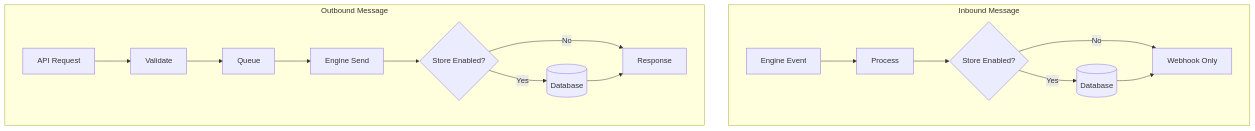
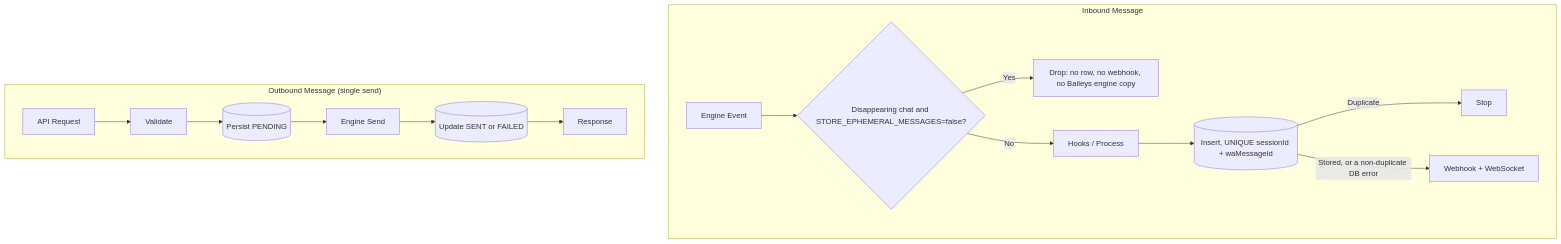
Before and after one commit to suryansh-business-work/duncit-all: the third of 4 diagrams in portals/crm/open-wa-server/docs/05-database-design.md, drawn with Mermaid. The commit also changed other lines of this file and 2547 other files, not shown here.

````diff
--- a/portals/crm/open-wa-server/docs/05-database-design.md
+++ b/portals/crm/open-wa-server/docs/05-database-design.md
@@ -827,20 +849,19 @@
 ```mermaid
 flowchart TB
     subgraph Inbound["Inbound Message"]
-        E[Engine Event] --> P[Process]
-        P --> S{Store Enabled?}
-        S -->|Yes| DB[(Database)]
-        S -->|No| W[Webhook Only]
-        DB --> W
+        E[Engine Event] --> G{Disappearing chat and STORE_EPHEMERAL_MESSAGES=false?}
+        G -->|Yes| D[Drop: no row, no webhook, no Baileys engine copy]
+        G -->|No| P[Hooks / Process]
+        P --> DB[(Insert, UNIQUE sessionId + waMessageId)]
+        DB -->|Duplicate| X[Stop]
+        DB -->|Stored, or a non-duplicate DB error| W[Webhook + WebSocket]
     end
 
-    subgraph Outbound["Outbound Message"]
+    subgraph Outbound["Outbound Message (single send)"]
         A[API Request] --> V[Validate]
-        V --> Q[Queue]
-        Q --> EN[Engine Send]
-        EN --> SR{Store Enabled?}
-        SR -->|Yes| DBO[(Database)]
-        SR -->|No| R[Response]
-        DBO --> R
+        V --> DBP[(Persist PENDING)]
+        DBP --> EN[Engine Send]
+        EN --> DBO[(Update SENT or FAILED)]
+        DBO --> R[Response]
     end
 ```
````
